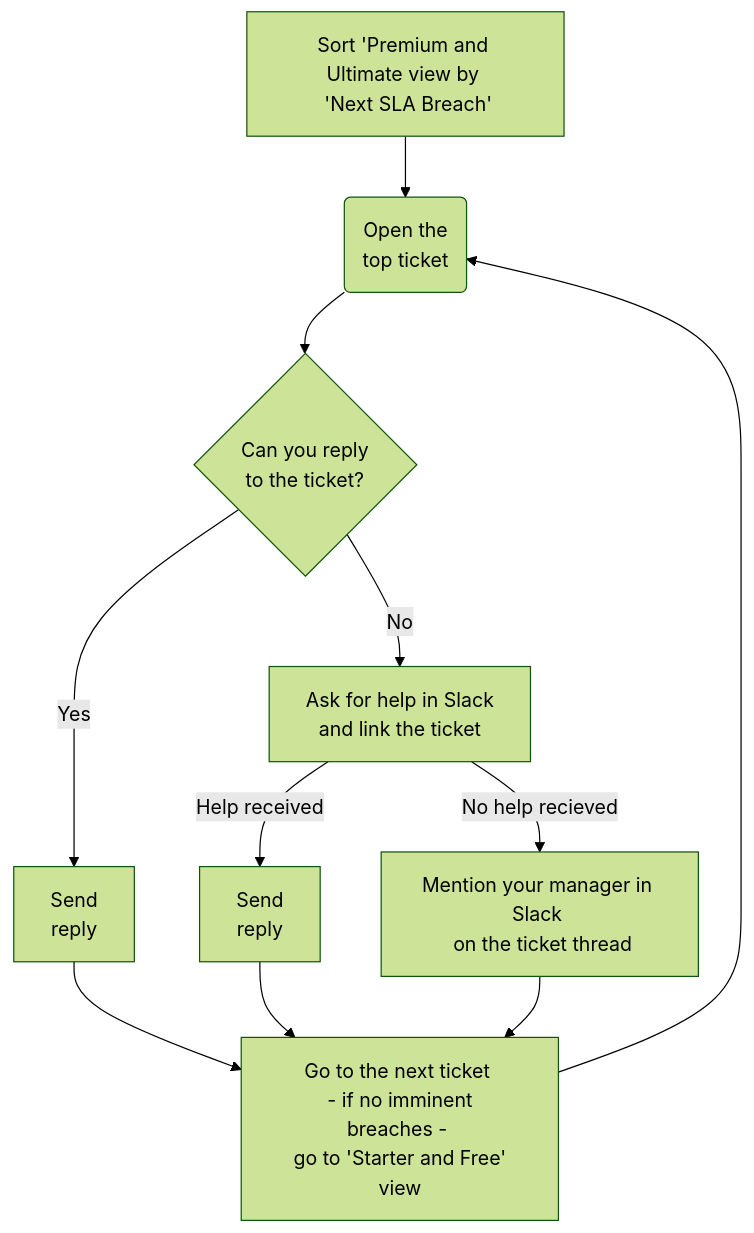
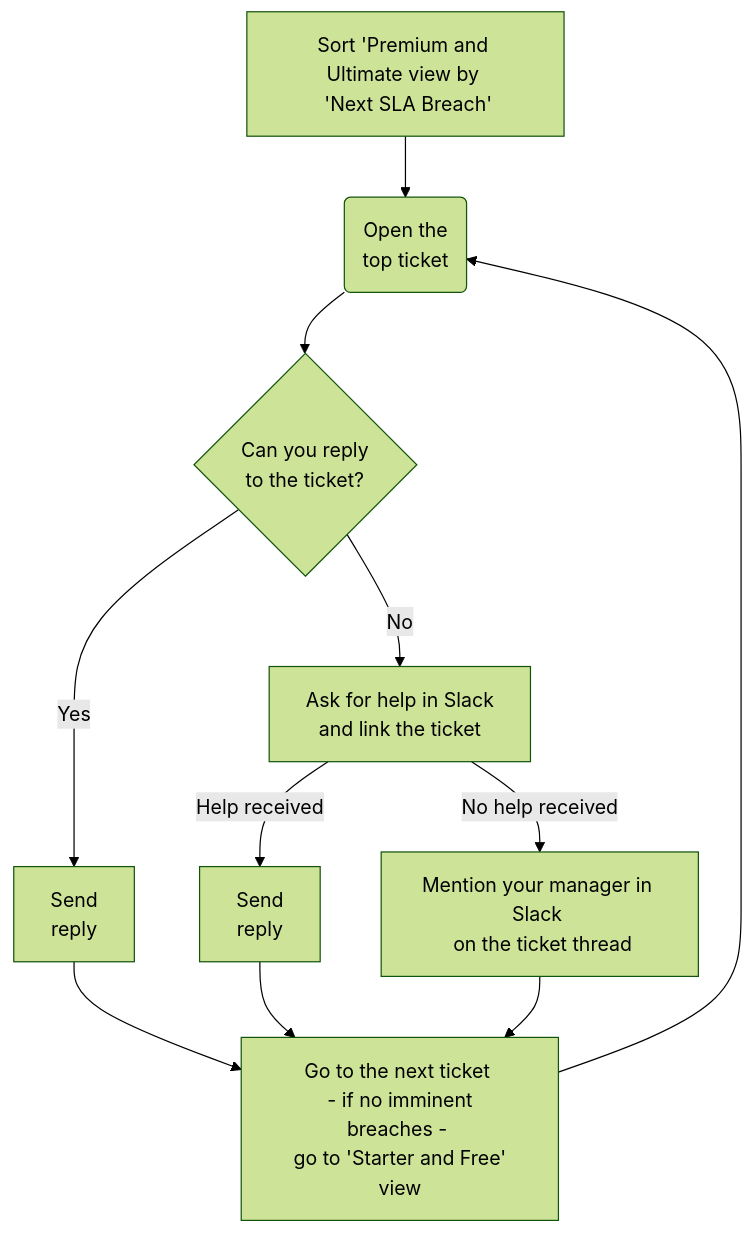
One commit to secretstartups/handbook changed the diagram in support/workflows/meeting-service-level-objectives.html.md. Above: the diagram before and after it, drawn with Mermaid (forest theme). The commit also changed other lines of this file, not shown here.

````diff
--- a/support/workflows/meeting-service-level-objectives.html.md
+++ b/support/workflows/meeting-service-level-objectives.html.md
@@ -100,11 +100,10 @@
    ```mermaid
-
    graph TD
    A[Sort 'Premium and Ultimate view by <br> 'Next SLA Breach'] -->
    B(Open the <br> top ticket)
    B --> C{Can you reply <br> to the ticket?}
    C -->|Yes| D[Send <br> reply] --> H
    C -->|No| E[Ask for help in Slack <br> and link the ticket]
    E -->|Help received| F[Send <br> reply] --> H
-   E -->|No help recieved| G[Mention your manager in Slack <br> on the ticket thread] --> H[Go to the next ticket <br> - if no imminent breaches - <br> go to 'Starter and Free' view] --> B
+   E -->|No help received| G[Mention your manager in Slack <br> on the ticket thread] --> H[Go to the next ticket <br> - if no imminent breaches - <br> go to 'Starter and Free' view] --> B
    ```
````
